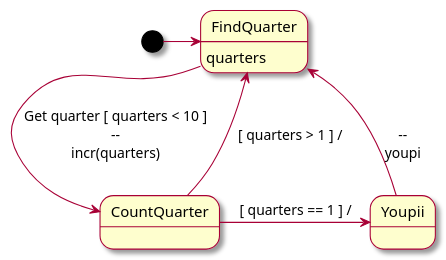
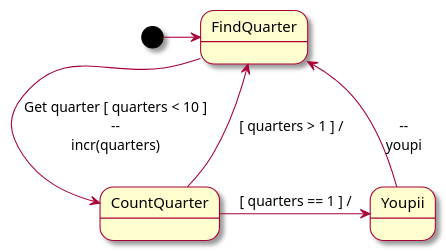
One commit to Lecrapouille/PlantUMLStatecharts changed the diagram in examples/input/RichMan.plantuml. Above: the diagram before and after it, drawn with PlantUML. The commit also changed 1 other file, not shown here.

```diff
--- a/examples/input/RichMan.plantuml
+++ b/examples/input/RichMan.plantuml
@@ -1,11 +1,10 @@
 @startuml
 skin rose
 
 [*] -> FindQuarter
-FindQuarter : quarters
 FindQuarter --> CountQuarter : Get quarter [ quarters < 10 ]\n--\nincr(quarters)
 CountQuarter -> Youpii : [ quarters == 1 ] /
 CountQuarter --> FindQuarter : [ quarters > 1 ] /
 Youpii --> FindQuarter : \n--\nyoupi
 
 @endumls
```
